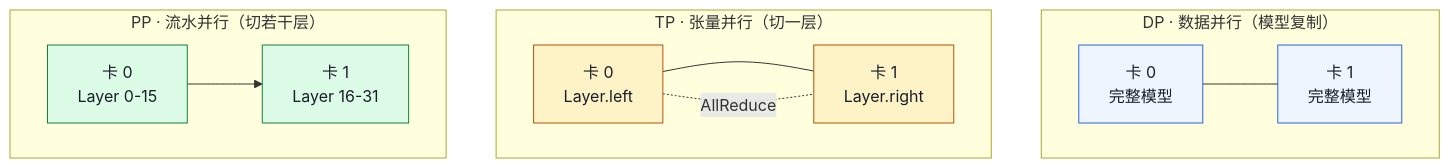
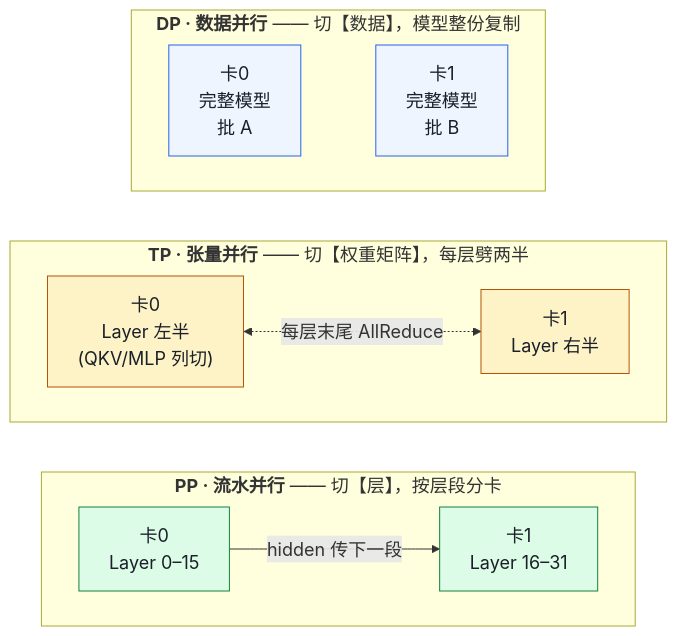
One commit to jwzheng96/vllm-learning-book changed the sixth of 7 diagrams in 01-overview/00-prerequisites.md. Above: the diagram before and after it, drawn with Mermaid. The commit also changed other lines of this file and 1 other file, not shown here.

First line of the commit message:
docs: 重画三张 mermaid 图并修复 KV cache 公式下划线

````diff
--- a/01-overview/00-prerequisites.md
+++ b/01-overview/00-prerequisites.md
@@ -468,20 +473,29 @@
 ```mermaid
+%%{init: {"themeVariables": {"fontSize": "18px"}} }%%
 flowchart TB
-    subgraph DP["DP · 数据并行（模型复制）"]
-        DP1["卡 0<br/>完整模型"] --- DP2["卡 1<br/>完整模型"]
+    subgraph DP["<b>DP · 数据并行</b> —— 切【数据】，模型整份复制"]
+        direction LR
+        D1["卡0<br/>完整模型<br/>批 A"]:::a
+        D2["卡1<br/>完整模型<br/>批 B"]:::a
+        D1 ~~~ D2
     end
-    subgraph TP["TP · 张量并行（切一层）"]
-        TP1["卡 0<br/>Layer.left"] --- TP2["卡 1<br/>Layer.right"]
-        TP1 -. AllReduce .- TP2
+    subgraph TP["<b>TP · 张量并行</b> —— 切【权重矩阵】，每层劈两半"]
+        direction LR
+        T1["卡0<br/>Layer 左半<br/>(QKV/MLP 列切)"]:::b
+        T2["卡1<br/>Layer 右半"]:::b
+        T1 <-. 每层末尾 AllReduce .-> T2
     end
-    subgraph PP["PP · 流水并行（切若干层）"]
-        PP1["卡 0<br/>Layer 0-15"] --> PP2["卡 1<br/>Layer 16-31"]
+    subgraph PP["<b>PP · 流水并行</b> —— 切【层】，按层段分卡"]
+        direction LR
+        P1["卡0<br/>Layer 0–15"]:::c
+        P2["卡1<br/>Layer 16–31"]:::c
+        P1 -->|"hidden 传下一段"| P2
     end
+
+    %% 强制三段竖排，避免被布局器横铺成扁条
+    DP ~~~ TP ~~~ PP
 
     classDef a fill:#eff5ff,stroke:#2563eb,color:#1a1f29;
     classDef b fill:#fef3c7,stroke:#b45309,color:#1a1f29;
     classDef c fill:#dcfce7,stroke:#15803d,color:#1a1f29;
-    class DP1,DP2 a;
-    class TP1,TP2 b;
-    class PP1,PP2 c;
 ```
````
